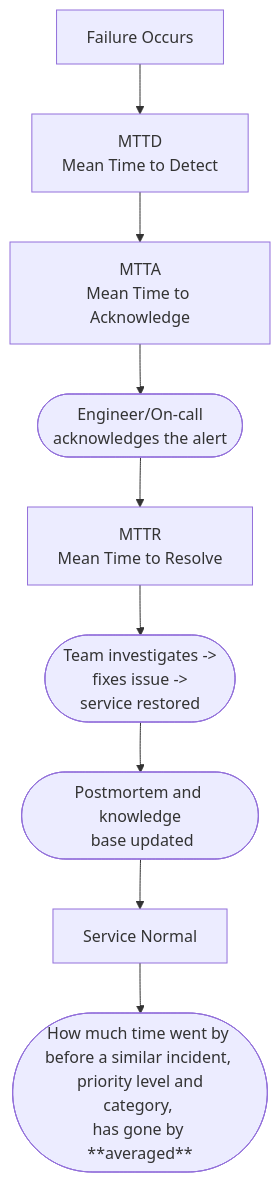
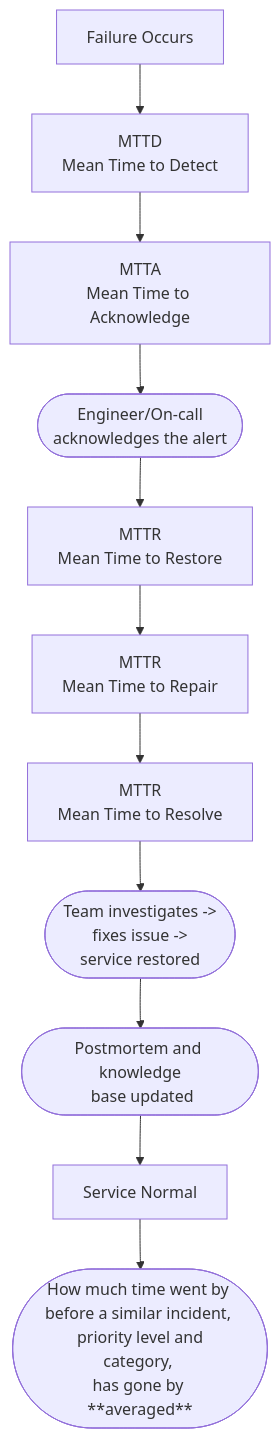
Before and after one commit to DHunnicuttSG/SRE: the diagram in Linux/3.4.4-Incident_Lifecycle_Timeline.md, drawn with Mermaid.

````diff
--- a/Linux/3.4.4-Incident_Lifecycle_Timeline.md
+++ b/Linux/3.4.4-Incident_Lifecycle_Timeline.md
@@ -5,12 +5,14 @@
 ```mermaid
 flowchart TD
     A[Failure Occurs] --> B[MTTD<br/>Mean Time to Detect]
     B --> C[MTTA<br/>Mean Time to Acknowledge]
     C --> D([Engineer/On-call<br>acknowledges the alert])
-    D --> E[MTTR<br/>Mean Time to Resolve]
-    E --> F([Team investigates -> <br/>fixes issue -> <br/>service restored])
-    F --> G([Postmortem and knowledge<br/> base updated])
-    G --> H[Service Normal]
-    H --> I([How much time went by <br/>before a similar incident, <br/> priority level and category, <br/>has gone by **averaged**])
+    D --> E[MTTR<br/>Mean Time to Restore]
+    E --> F[MTTR<br/>Mean Time to Repair]
+    F --> G[MTTR<br/>Mean Time to Resolve]
+    G --> H([Team investigates -> <br/>fixes issue -> <br/>service restored])
+    H --> I([Postmortem and knowledge<br/> base updated])
+    I --> J[Service Normal]
+    J --> K([How much time went by <br/>before a similar incident, <br/> priority level and category, <br/>has gone by **averaged**])
 
 ```
````
